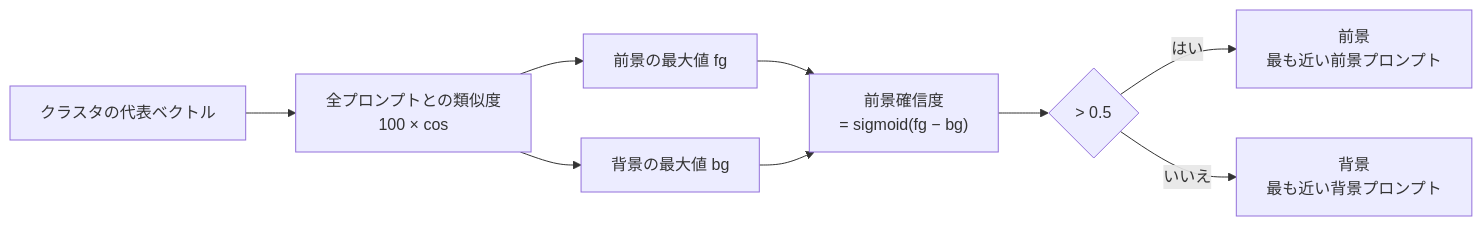
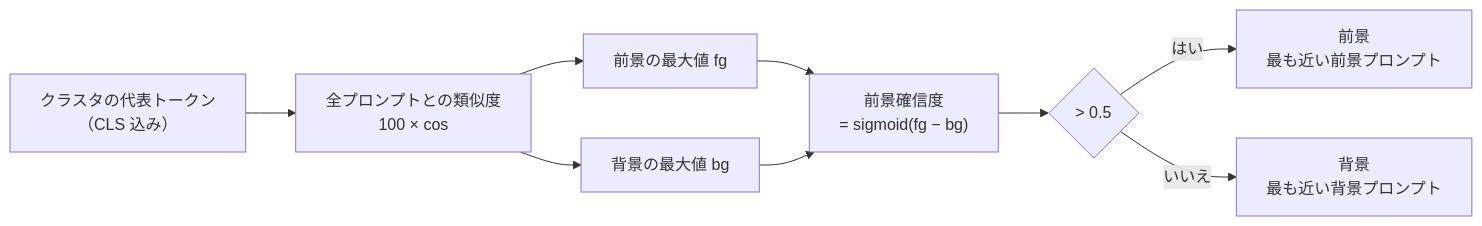
One commit to fklg-64/pe_anything_detect changed the third of 5 diagrams in docs/coarse_segmentation.md. Above: the diagram before and after it, drawn with Mermaid. The commit also changed other lines of this file and 122 other files, not shown here.

````diff
--- a/docs/coarse_segmentation.md
+++ b/docs/coarse_segmentation.md
@@ -58,11 +87,11 @@
 ```mermaid
 flowchart LR
-    A["クラスタの代表ベクトル"] --> B["全プロンプトとの類似度<br/>100 × cos"]
+    A["クラスタの代表トークン<br/>（CLS 込み）"] --> B["全プロンプトとの類似度<br/>100 × cos"]
     B --> C["前景の最大値 fg"]
     B --> D["背景の最大値 bg"]
     C --> E["前景確信度<br/>= sigmoid(fg − bg)"]
     D --> E
     E --> F{"> 0.5"}
     F -->|はい| G["前景<br/>最も近い前景プロンプト"]
     F -->|いいえ| H["背景<br/>最も近い背景プロンプト"]
 ```
````
